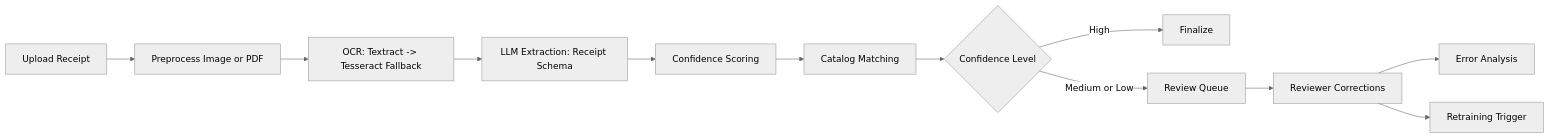
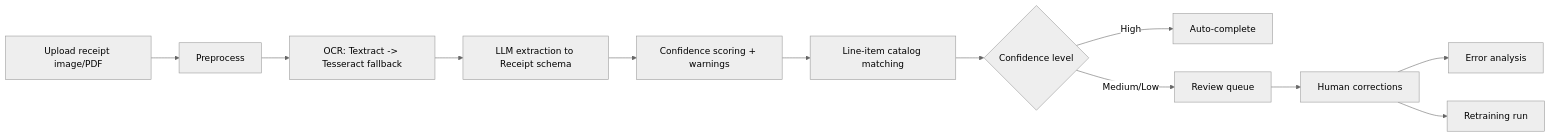
Before and after one commit to theSelfSa/receipt-intelligence-pipeline: the diagram in README.md, drawn with Mermaid (neutral theme). The commit also changed other lines of this file, not shown here.

````diff
--- a/README.md
+++ b/README.md
@@ -19,14 +21,14 @@
 ```mermaid
 flowchart LR
-    A[Upload Receipt] --> B[Preprocess Image or PDF]
-    B --> C[OCR: Textract -> Tesseract Fallback]
-    C --> D[LLM Extraction: Receipt Schema]
-    D --> E[Confidence Scoring]
-    E --> F[Catalog Matching]
-    F --> G{Confidence Level}
-    G -->|High| H[Finalize]
-    G -->|Medium or Low| I[Review Queue]
-    I --> J[Reviewer Corrections]
-    J --> K[Error Analysis]
-    J --> L[Retraining Trigger]
+    A[Upload receipt image/PDF] --> B[Preprocess]
+    B --> C[OCR: Textract -> Tesseract fallback]
+    C --> D[LLM extraction to Receipt schema]
+    D --> E[Confidence scoring + warnings]
+    E --> F[Line-item catalog matching]
+    F --> G{Confidence level}
+    G -->|High| H[Auto-complete]
+    G -->|Medium/Low| I[Review queue]
+    I --> J[Human corrections]
+    J --> K[Error analysis]
+    J --> L[Retraining run]
 ```
````
